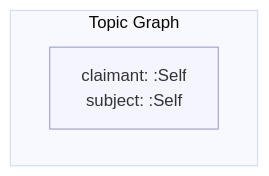
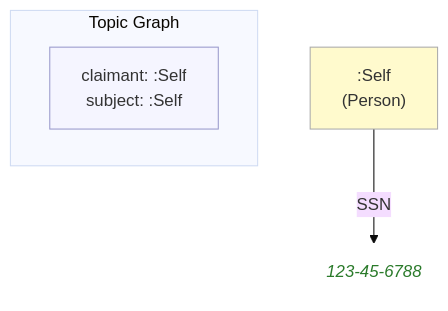
The diagram in example/topics/images/self.self(Social-Security-Administration)(ssa)(23).mmd (MeeFoundation/mia-ontologies), drawn with Mermaid (base theme) before and after one commit. The commit also changed 50 other files, not shown here.

```diff
--- a/example/topics/images/self.self(Social-Security-Administration)(ssa)(23).mmd
+++ b/example/topics/images/self.self(Social-Security-Administration)(ssa)(23).mmd
@@ -1,11 +1,16 @@
 flowchart TD
     classDef person fill:#fffacd,stroke:#aaa,color:#333
     classDef grp    fill:#d4edda,stroke:#aaa,color:#333
     classDef org    fill:#cce5ff,stroke:#aaa,color:#333
     classDef lit    fill:none,stroke:none,font-style:italic,color:#2a7a2a
     classDef meta   fill:#f5f5ff,stroke:#9999cc,color:#333
 
     subgraph ctx["Topic Graph"]
         direction LR
         ctx_meta["claimant: :Self\nsubject: :Self"]:::meta
     end
+
+    ne0c3ba92f1db[":Self\n(Person)"]:::person
+    na4f7be217b38("123-45-6788"):::lit
+
+    ne0c3ba92f1db -->|"SSN"| na4f7be217b38
```
